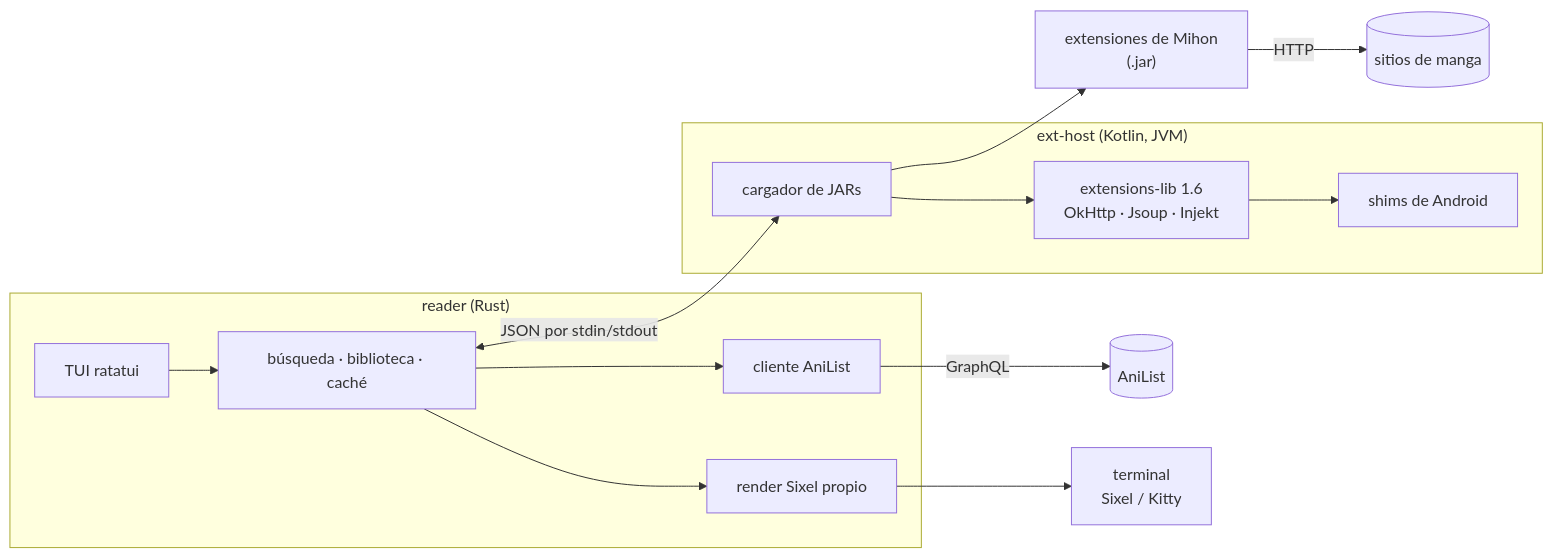
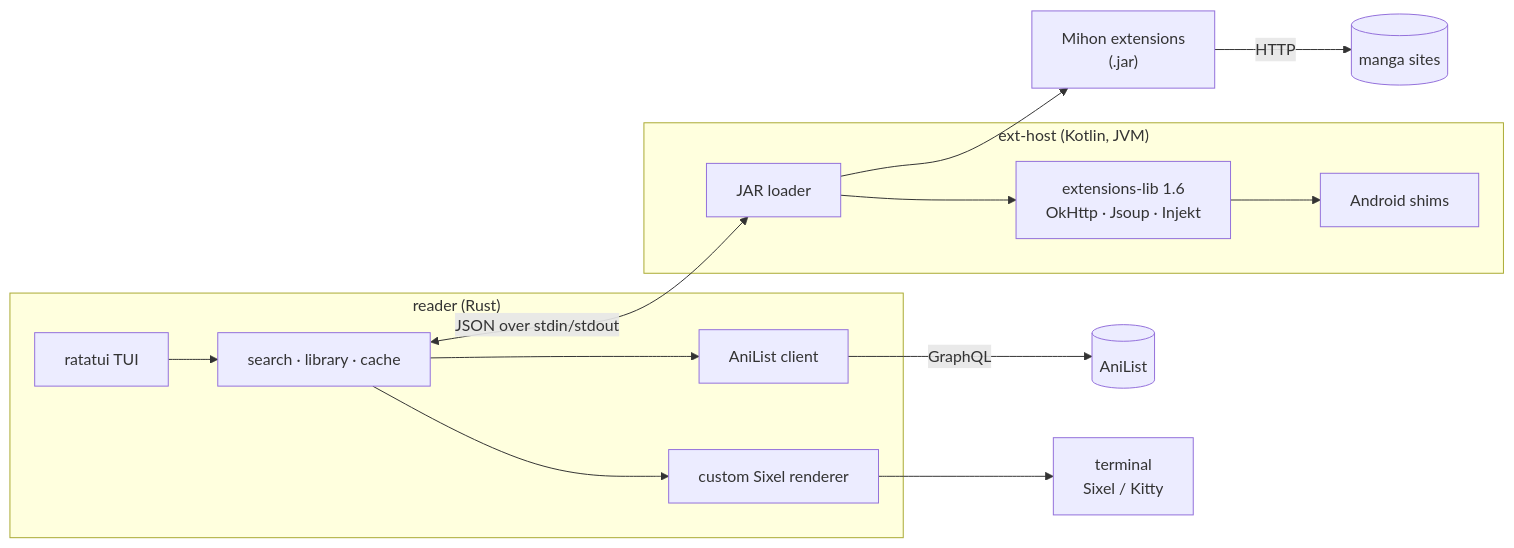
Before and after one commit to AlPeFe/mangaterm: the diagram in README.md, drawn with Mermaid. The commit also changed other lines of this file and 16 other files, not shown here.

````diff
--- a/README.md
+++ b/README.md
@@ -248,17 +250,17 @@
 ```mermaid
 flowchart LR
     subgraph reader["reader (Rust)"]
-        TUI["TUI ratatui"] --> Core["búsqueda · biblioteca · caché"]
-        Core --> Render["render Sixel propio"]
-        Core --> AL["cliente AniList"]
+        TUI["ratatui TUI"] --> Core["search · library · cache"]
+        Core --> Render["custom Sixel renderer"]
+        Core --> AL["AniList client"]
     end
     subgraph host["ext-host (Kotlin, JVM)"]
-        Loader["cargador de JARs"] --> API["extensions-lib 1.6<br/>OkHttp · Jsoup · Injekt"]
-        API --> Shims["shims de Android"]
+        Loader["JAR loader"] --> API["extensions-lib 1.6<br/>OkHttp · Jsoup · Injekt"]
+        API --> Shims["Android shims"]
     end
-    Core <-- "JSON por stdin/stdout" --> Loader
-    Loader --> Ext["extensiones de Mihon<br/>(.jar)"]
-    Ext -- HTTP --> Sitios[("sitios de manga")]
+    Core <-- "JSON over stdin/stdout" --> Loader
+    Loader --> Ext["Mihon extensions<br/>(.jar)"]
+    Ext -- HTTP --> Sites[("manga sites")]
     AL -- GraphQL --> AniList[("AniList")]
     Render --> Term["terminal<br/>Sixel / Kitty"]
 ```
````
